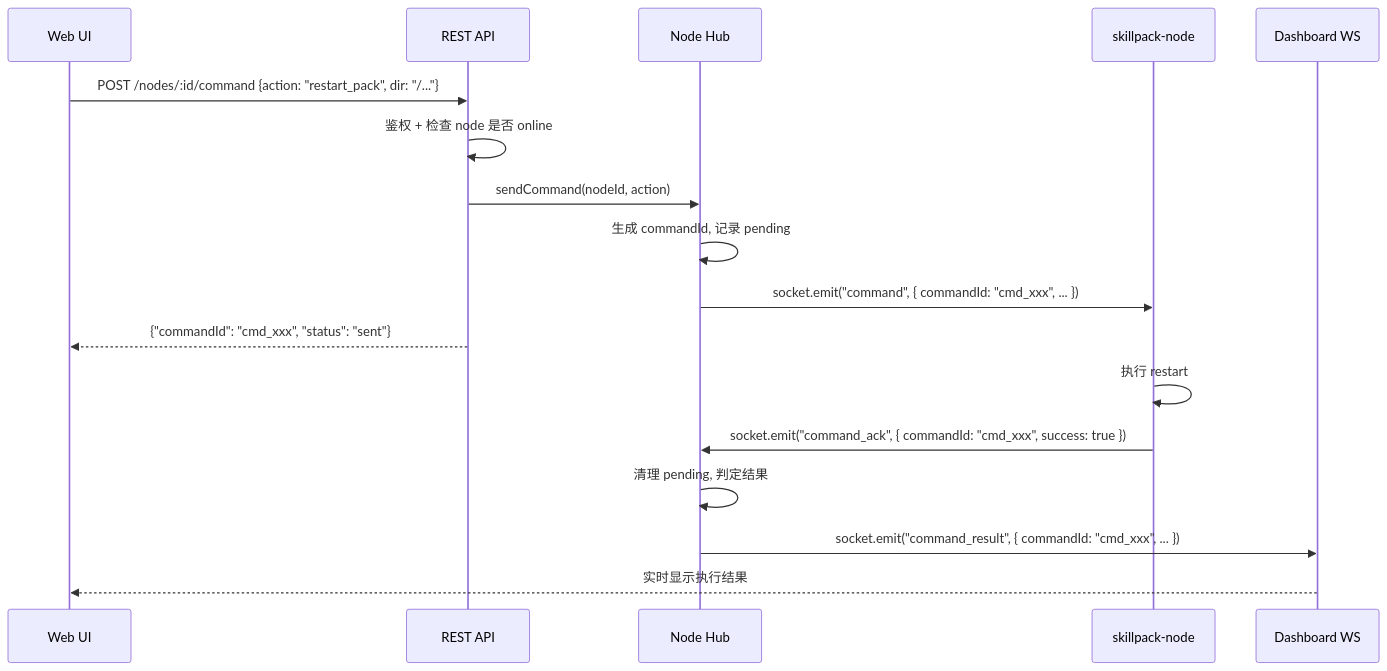
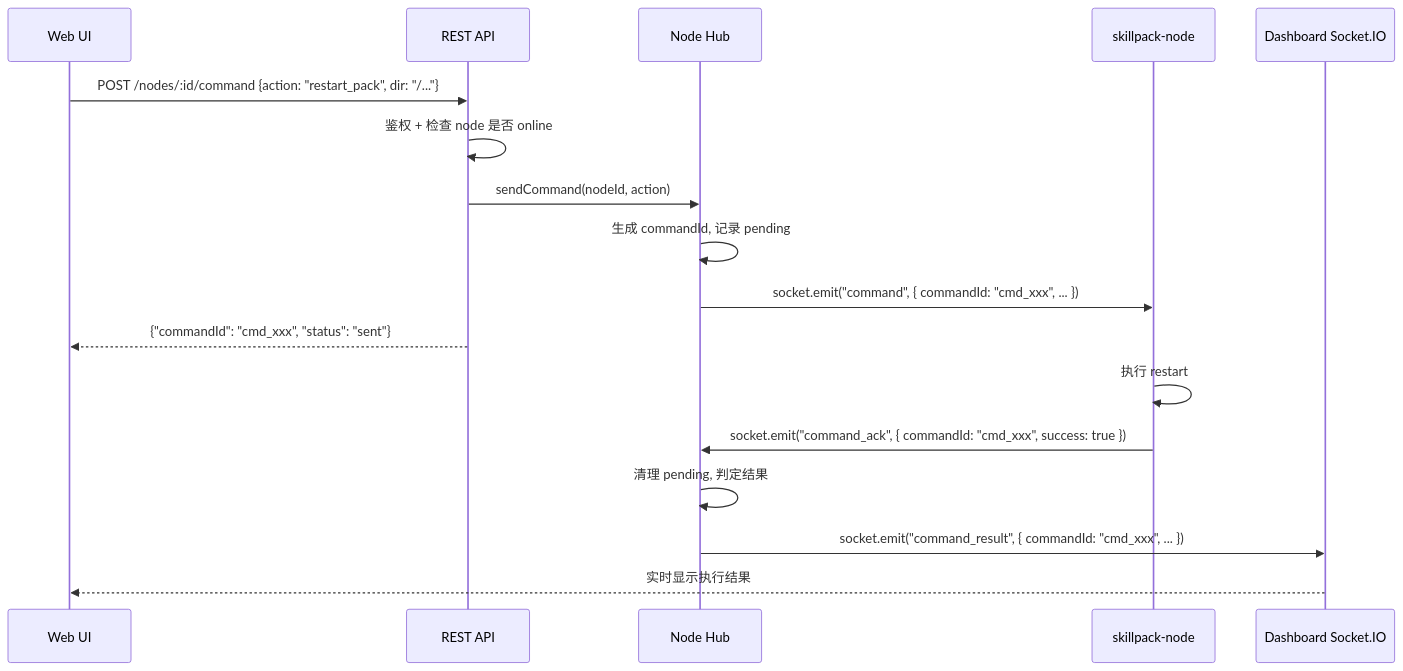
Before and after one commit to CreminiAI/skillpack: the fourth of 5 diagrams in docs/todo/enterprise_dashboard_plan.md, drawn with Mermaid. The commit also changed other lines of this file and 1 other file, not shown here.

Commit message:
docs: update enterprise client and dashboard implementation plans

````diff
--- a/docs/todo/enterprise_dashboard_plan.md
+++ b/docs/todo/enterprise_dashboard_plan.md
@@ -532,21 +532,21 @@
 ```mermaid
 sequenceDiagram
     participant UI as Web UI
     participant API as REST API
     participant Hub as Node Hub
     participant Node as skillpack-node
-    participant WS2 as Dashboard WS
+    participant SI2 as Dashboard Socket.IO
 
     UI->>API: POST /nodes/:id/command {action: "restart_pack", dir: "/..."}
     API->>API: 鉴权 + 检查 node 是否 online
     API->>Hub: sendCommand(nodeId, action)
     Hub->>Hub: 生成 commandId, 记录 pending
     Hub->>Node: socket.emit("command", { commandId: "cmd_xxx", ... })
     API-->>UI: {"commandId": "cmd_xxx", "status": "sent"}
 
     Node->>Node: 执行 restart
     Node->>Hub: socket.emit("command_ack", { commandId: "cmd_xxx", success: true })
     Hub->>Hub: 清理 pending, 判定结果
-    Hub->>WS2: socket.emit("command_result", { commandId: "cmd_xxx", ... })
-    WS2-->>UI: 实时显示执行结果
+    Hub->>SI2: socket.emit("command_result", { commandId: "cmd_xxx", ... })
+    SI2-->>UI: 实时显示执行结果
 ```
````
